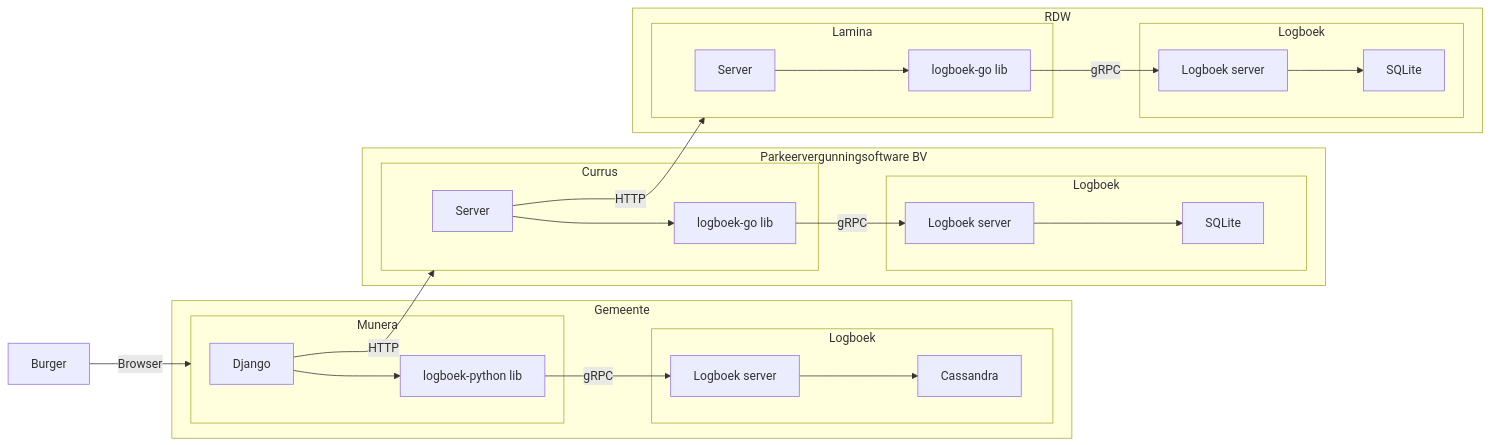
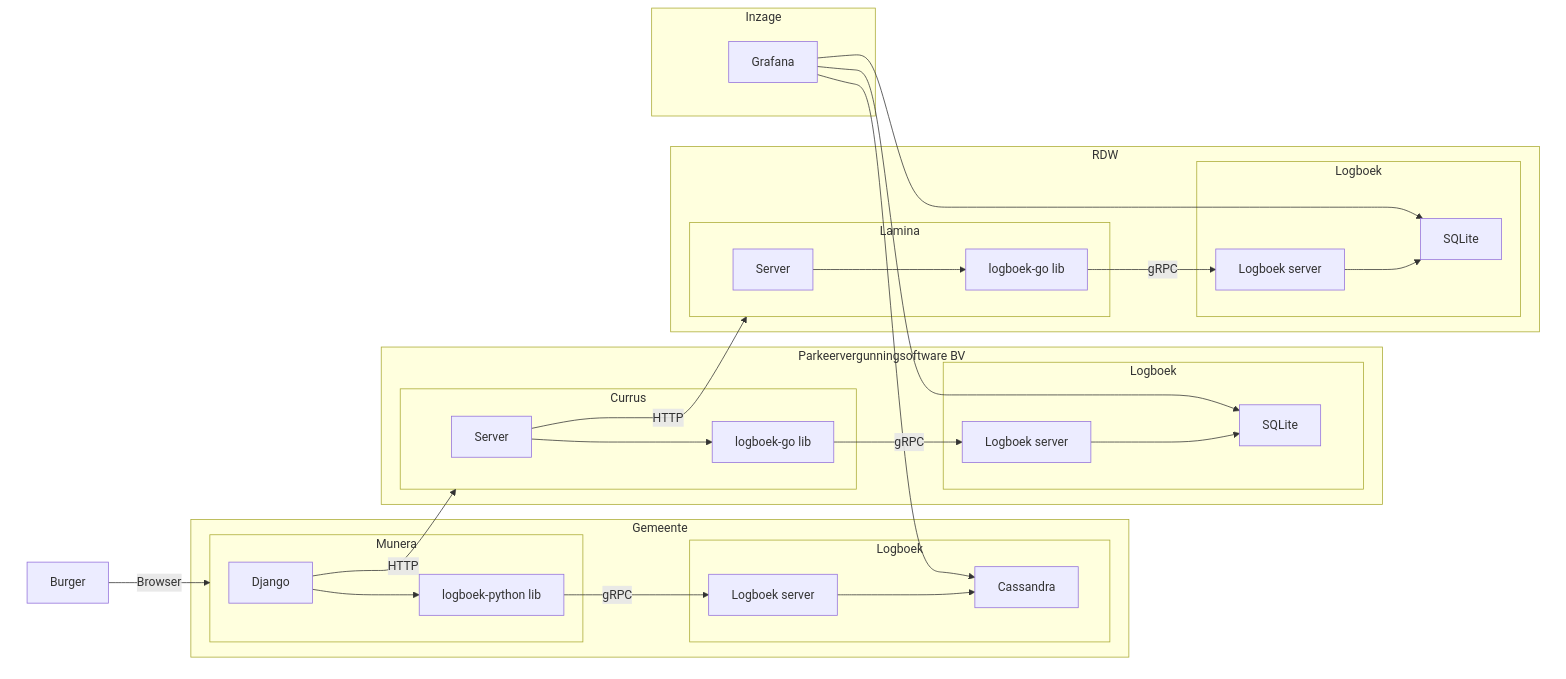
Before and after one commit to MinBZK/logboek-dataverwerkingen-demo: the diagram in README.md, drawn with Mermaid.

Commit message:
Add Grafana to architecture

````diff
--- a/README.md
+++ b/README.md
@@ -38,48 +38,60 @@
 ```mermaid
 graph LR
-    subgraph Gemeente
-        subgraph Munera
-            APP_M
-            LIB_PYTHON
-        end
-        subgraph LOGBOEK_G["Logboek"]
-            LOGBOEK_M
-            STORAGE_M
+    subgraph Logging [ ]
+        style Logging fill:none,stroke:none;
+
+        subgraph Gemeente
+            subgraph Munera
+                APP_M
+                LIB_PYTHON
+            end
+            subgraph LOGBOEK_G["Logboek"]
+                LOGBOEK_M
+                STORAGE_M
+            end
+
+            APP_M["Django"] --> LIB_PYTHON
+            LIB_PYTHON["logboek-python lib"] --> |gRPC| LOGBOEK_M["Logboek server"] --> STORAGE_M["Cassandra"]
         end
 
-        APP_M["Django"] --> LIB_PYTHON
-        LIB_PYTHON["logboek-python lib"] --> |gRPC| LOGBOEK_M["Logboek server"] --> STORAGE_M["Cassandra"]
+        subgraph "Parkeervergunningsoftware BV"
+            subgraph Currus
+                API_C
+                LIB_GO_C
+            end
+            subgraph LOGBOEK_P["Logboek"]
+                LOGBOEK_C
+                STORAGE_C
+            end
+
+            API_C["Server"] --> LIB_GO_C["logboek-go lib"]
+            LIB_GO_C --> |gRPC| LOGBOEK_C["Logboek server"] --> STORAGE_C["SQLite"]
+        end
+
+        subgraph "RDW"
+            subgraph Lamina
+                API_L
+                LIB_GO_L
+            end
+            subgraph LOGBOEK_R[Logboek]
+                LOGBOEK_L
+                STORAGE_L
+            end
+
+            API_L["Server"] --> LIB_GO_L["logboek-go lib"]
+            LIB_GO_L --> |gRPC| LOGBOEK_L["Logboek server"] --> STORAGE_L["SQLite"]
+        end
+
+        Burger --> |Browser| Munera
+        APP_M --> |HTTP| Currus
+        API_C --> |HTTP| Lamina
     end
 
-    subgraph "Parkeervergunningsoftware BV"
-        subgraph Currus
-            API_C
-            LIB_GO_C
-        end
-        subgraph LOGBOEK_P["Logboek"]
-            LOGBOEK_C
-            STORAGE_C
-        end
-
-        API_C["Server"] --> LIB_GO_C["logboek-go lib"]
-        LIB_GO_C --> |gRPC| LOGBOEK_C["Logboek server"] --> STORAGE_C["SQLite"]
+    subgraph Inzage
+        Grafana --> STORAGE_M
+        Grafana --> STORAGE_C
+        Grafana --> STORAGE_L
     end
 
-    subgraph "RDW"
-        subgraph Lamina
-            API_L
-            LIB_GO_L
-        end
-        subgraph LOGBOEK_R[Logboek]
-            LOGBOEK_L
-            STORAGE_L
-        end
-
-        API_L["Server"] --> LIB_GO_L["logboek-go lib"]
-        LIB_GO_L --> |gRPC| LOGBOEK_L["Logboek server"] --> STORAGE_L["SQLite"]
-    end
-
-    Burger --> |Browser| Munera
-    APP_M --> |HTTP| Currus
-    API_C --> |HTTP| Lamina
+    Inzage ~~~ Logging
 ```
````
